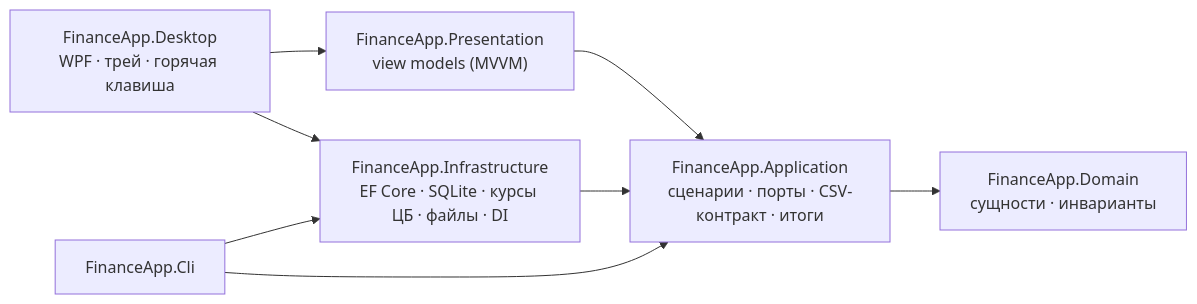
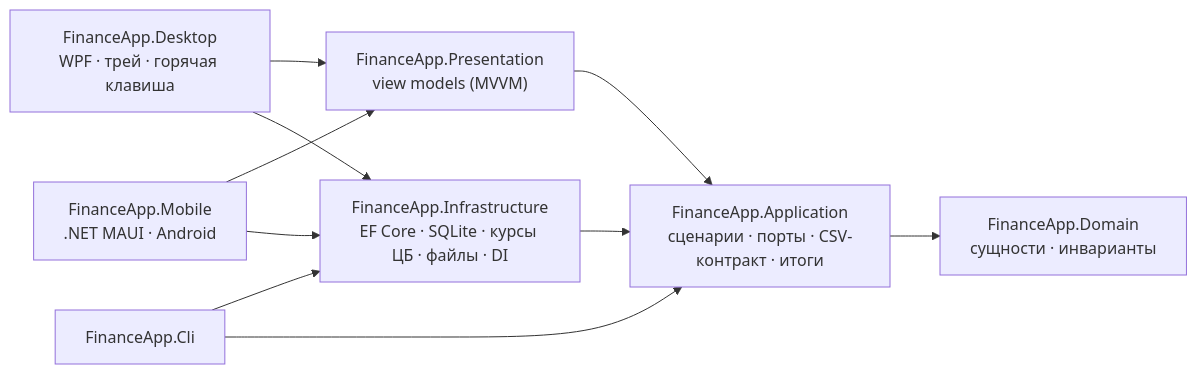
One commit to Scr1pt445/FinanceApp changed the diagram in README.ru.md. Above: the diagram before and after it, drawn with Mermaid. The commit also changed other lines of this file and 3 other files, not shown here.

````diff
--- a/README.ru.md
+++ b/README.ru.md
@@ -45,10 +45,12 @@
 ```mermaid
 flowchart LR
     Desktop["FinanceApp.Desktop<br/>WPF · трей · горячая клавиша"] --> Presentation["FinanceApp.Presentation<br/>view models (MVVM)"]
     Desktop --> Infra
+    Mobile["FinanceApp.Mobile<br/>.NET MAUI · Android"] --> Presentation
+    Mobile --> Infra
     CLI["FinanceApp.Cli"] --> Infra["FinanceApp.Infrastructure<br/>EF Core · SQLite · курсы ЦБ · файлы · DI"]
     Presentation --> App
     CLI --> App
     Infra --> App["FinanceApp.Application<br/>сценарии · порты · CSV-контракт · итоги"]
     App --> Domain["FinanceApp.Domain<br/>сущности · инварианты"]
 ```
````
